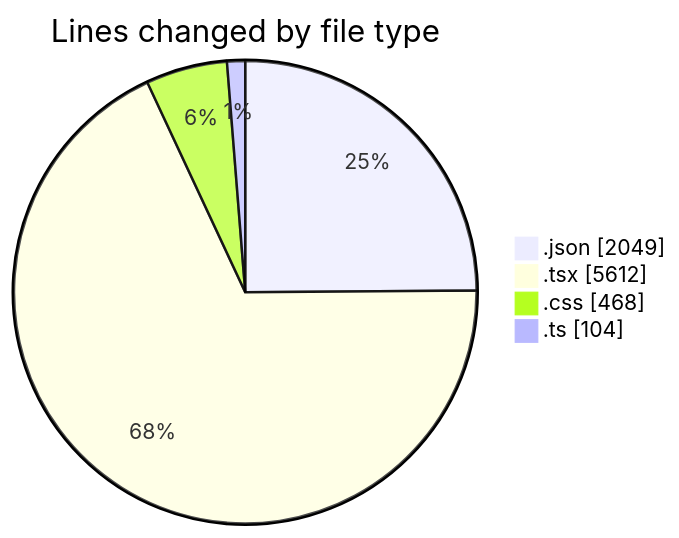
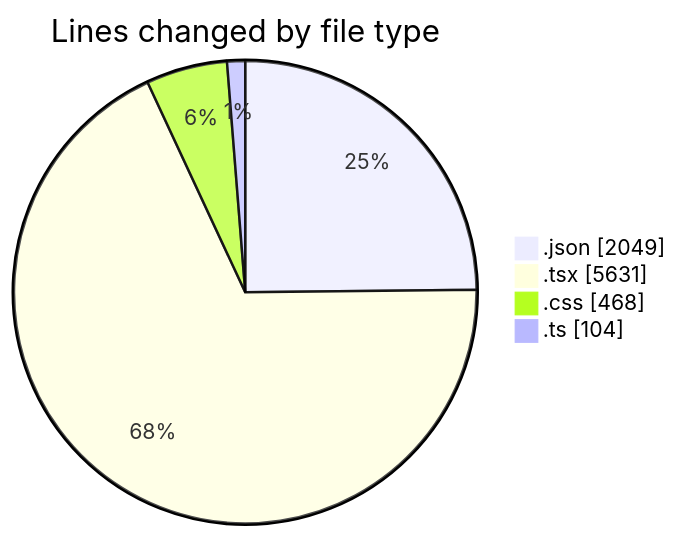
Before and after one commit to EIIisD/code-tracking: the first of 2 diagrams in 2025-08-14/ribbon/README.md, drawn with Mermaid. The commit also changed other lines of this file and 1 other file, not shown here.

````diff
--- a/2025-08-14/ribbon/README.md
+++ b/2025-08-14/ribbon/README.md
@@ -29,8 +29,8 @@
 ```mermaid
 pie showData
 title Lines changed by file type
 ".json" : 2049
-".tsx" : 5612
+".tsx" : 5631
 ".css" : 468
 ".ts" : 104
 ```
````
